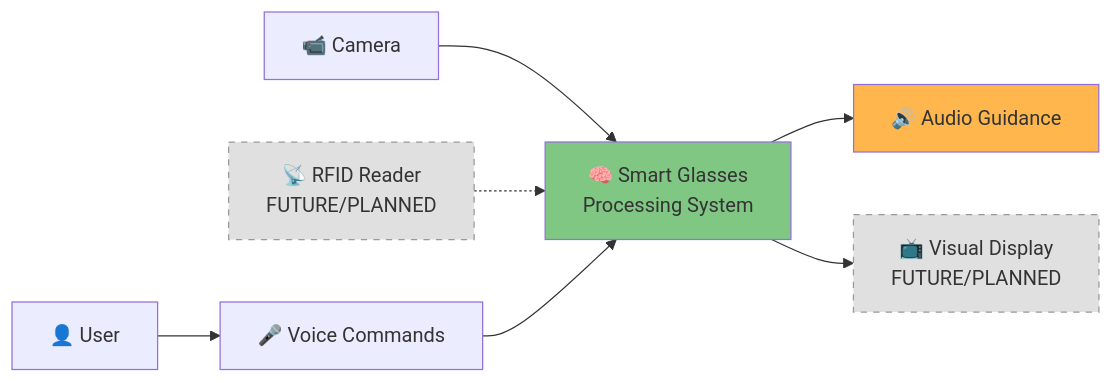
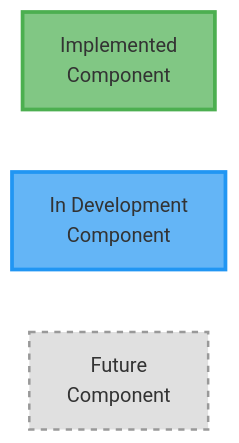
The first of 7 diagrams in docs/SYSTEM_ARCHITECTURE.md (amfaheeem/smart-glasses), drawn with Mermaid before and after one commit. The commit also changed other lines of this file and 2 other files, not shown here.

````diff
--- a/docs/SYSTEM_ARCHITECTURE.md
+++ b/docs/SYSTEM_ARCHITECTURE.md
@@ -28,13 +42,10 @@
 ```mermaid
 graph LR
-    INPUT[📹 Camera] --> SYSTEM[🧠 Smart Glasses<br/>Processing System]
-    INPUT_FUTURE[📡 RFID Reader<br/>FUTURE/PLANNED]:::future -.-> SYSTEM
-    SYSTEM --> OUTPUT1[🔊 Audio Guidance]
-    SYSTEM --> OUTPUT2[📺 Visual Display<br/>FUTURE/PLANNED]:::future
-    USER[👤 User] --> VOICE[🎤 Voice Commands]
-    VOICE --> SYSTEM
-
-    style SYSTEM fill:#81c784
-    style OUTPUT1 fill:#ffb74d
-    classDef future fill:#e0e0e0,stroke:#999,stroke-dasharray: 5 5
+    IMPL[Implemented<br/>Component]:::implemented
+    DEV[In Development<br/>Component]:::indev
+    FUTURE[Future<br/>Component]:::future
+    
+    classDef implemented fill:#81c784,stroke:#4caf50,stroke-width:3px
+    classDef indev fill:#64b5f6,stroke:#2196f3,stroke-width:3px
+    classDef future fill:#e0e0e0,stroke:#999,stroke-width:2px,stroke-dasharray: 5 5
 ```
````
